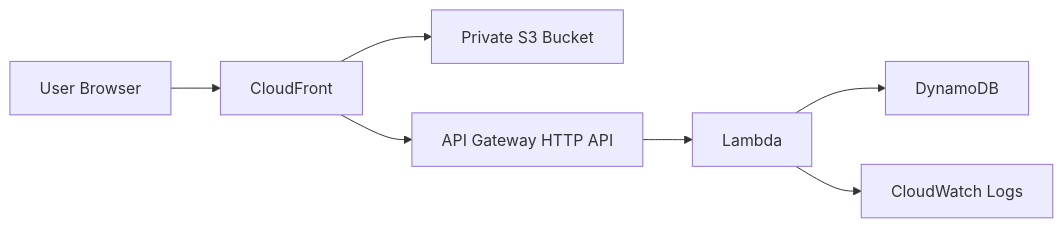
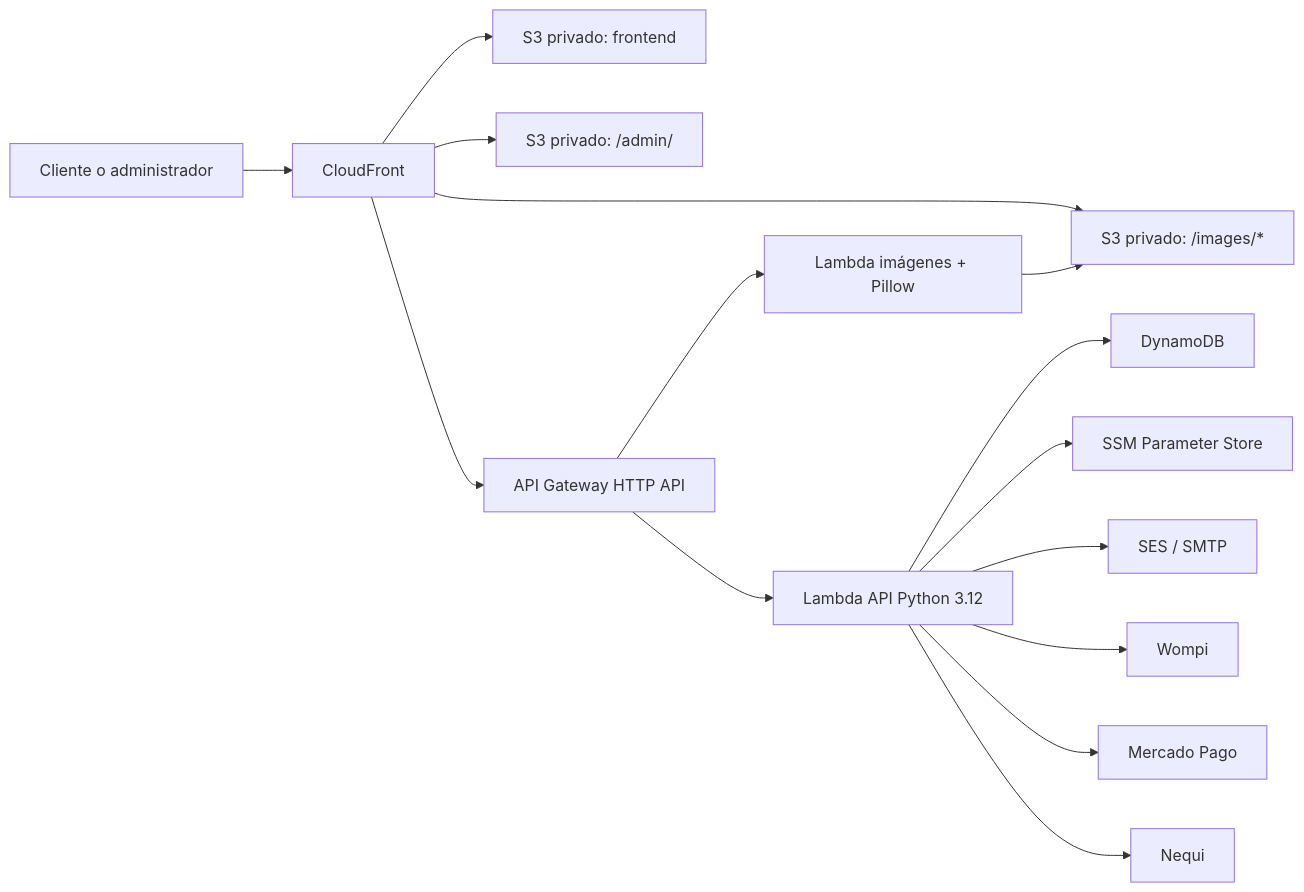
Before and after one commit to nicolasli1/e-commerce: the diagram in docs/architecture.md, drawn with Mermaid. The commit also changed other lines of this file and 2 other files, not shown here.

Commit message:
docs: update RepuestosCel architecture and operations

````diff
--- a/docs/architecture.md
+++ b/docs/architecture.md
@@ -18,9 +15,17 @@
 ```mermaid
 flowchart LR
-  U["User Browser"] --> CF["CloudFront"]
-  CF --> S3["Private S3 Bucket"]
-  CF --> API["API Gateway HTTP API"]
-  API --> L["Lambda"]
-  L --> DDB["DynamoDB"]
-  L --> CW["CloudWatch Logs"]
+  U["Cliente o administrador"] --> CF["CloudFront"]
+  CF --> SITE["S3 privado: frontend"]
+  CF --> ADMIN["S3 privado: /admin/"]
+  CF --> IMAGES["S3 privado: /images/*"]
+  CF --> APIGW["API Gateway HTTP API"]
+  APIGW --> API["Lambda API Python 3.12"]
+  APIGW --> IMAGE["Lambda imágenes + Pillow"]
+  API --> DDB["DynamoDB"]
+  API --> SSM["SSM Parameter Store"]
+  API --> EMAIL["SES / SMTP"]
+  API --> WOMPI["Wompi"]
+  API --> MP["Mercado Pago"]
+  API --> NEQUI["Nequi"]
+  IMAGE --> IMAGES
 ```
````
